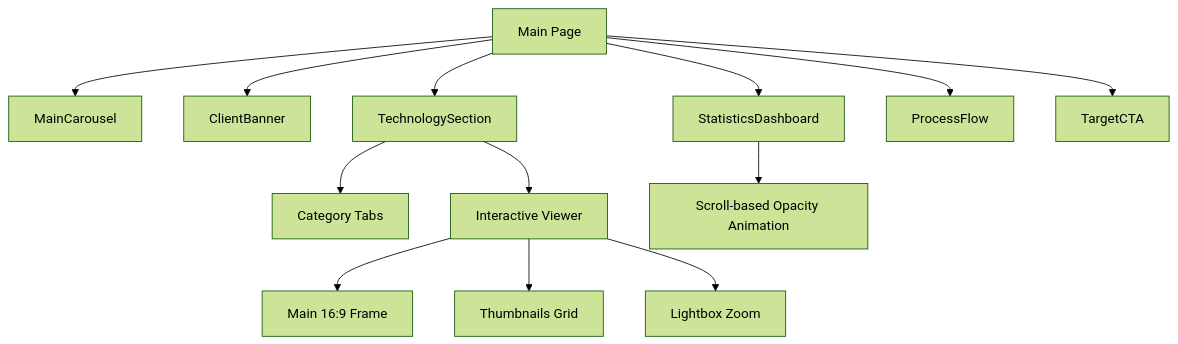
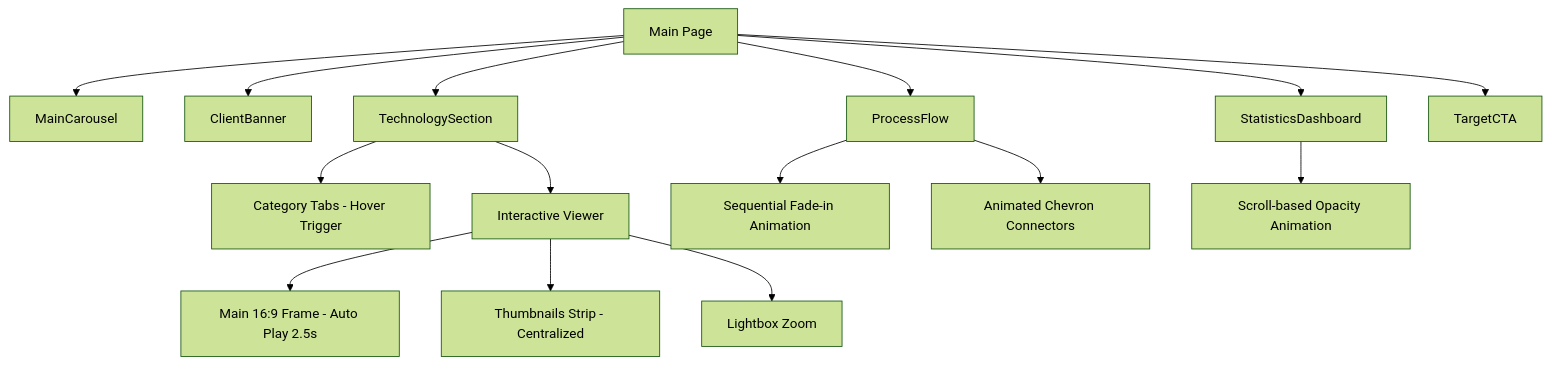
Before and after one commit to aohus/neuti-site: the diagram in conductor/docs/home_content_20260206/report.md, drawn with Mermaid (forest theme). The commit also changed other lines of this file and 2 other files, not shown here.

````diff
--- a/conductor/docs/home_content_20260206/report.md
+++ b/conductor/docs/home_content_20260206/report.md
@@ -7,17 +7,20 @@
 ```mermaid
 graph TD
     A[Main Page] --> B[MainCarousel]
     A --> C[ClientBanner]
     A --> D[StatisticsDashboard]
     A --> E[TechnologySection]
     A --> F[ProcessFlow]
     A --> G[TargetCTA]
     
-    E --> E1[Category Tabs]
+    E --> E1[Category Tabs - Hover Trigger]
     E --> E2[Interactive Viewer]
-    E2 --> E2a[Main 16:9 Frame]
-    E2 --> E2b[Thumbnails Grid]
+    E2 --> E2a[Main 16:9 Frame - Auto Play 2.5s]
+    E2 --> E2b[Thumbnails Strip - Centralized]
     E2 --> E2c[Lightbox Zoom]
+    
+    F --> F1[Sequential Fade-in Animation]
+    F --> F2[Animated Chevron Connectors]
     
     D --> D1[Scroll-based Opacity Animation]
 ```
````
